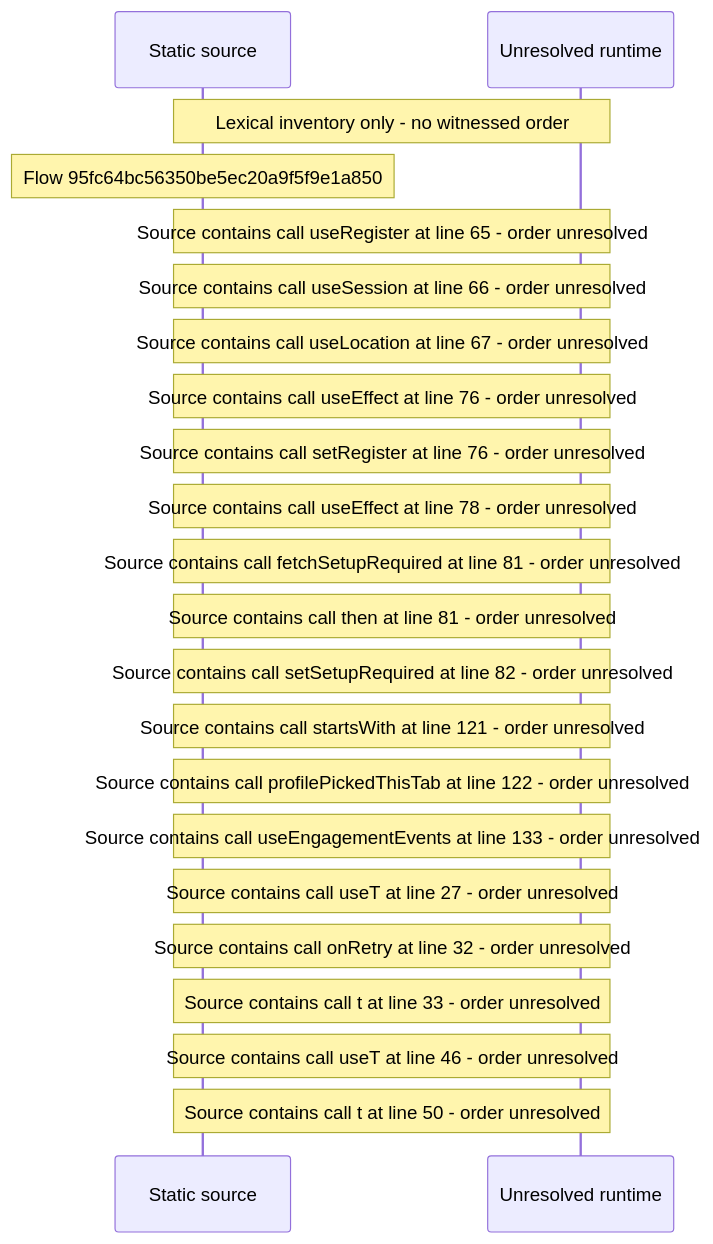
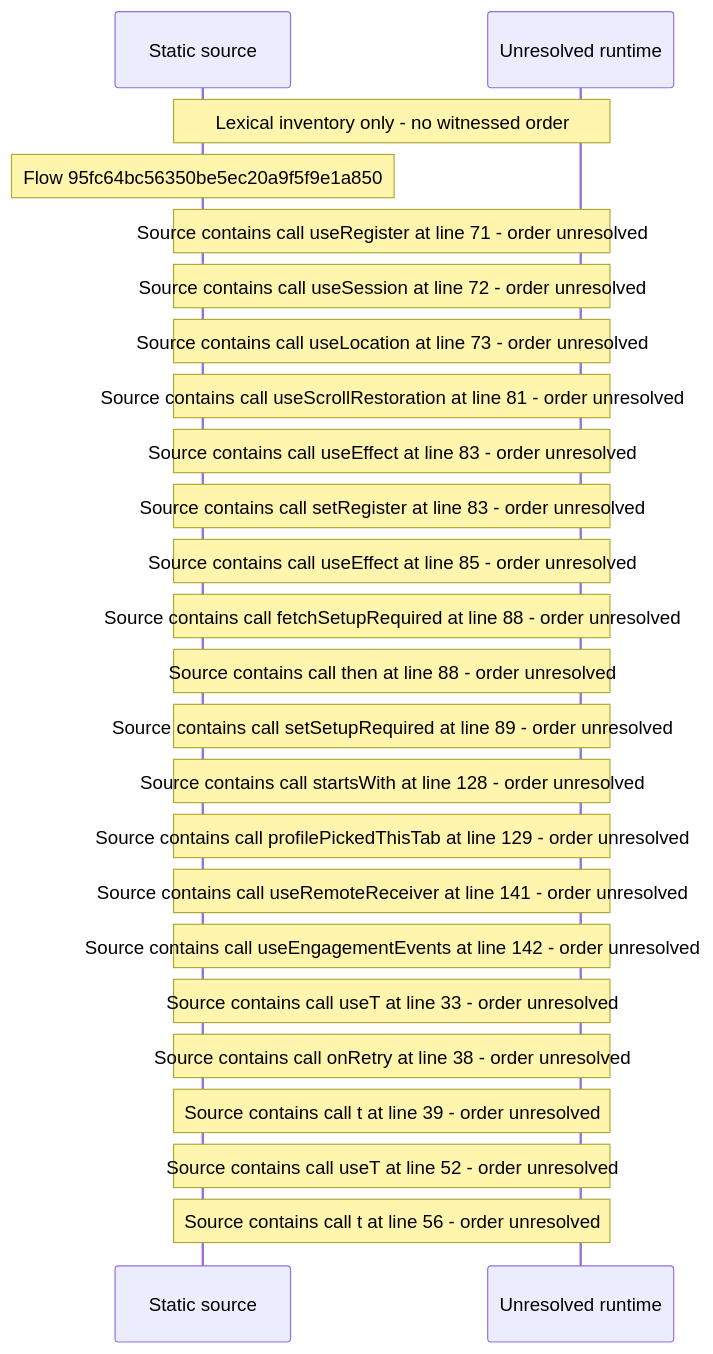
The diagram in docs/web/flows/generated/95fc64bc56350be5ec20a9f5f9e1a850/flow-diagram.md (beamfall/core), drawn with Mermaid before and after one commit. The commit also changed other lines of this file and 714 other files, not shown here.

Commit message:
Regenerate the web flow record on the batch 5 head (CORE-1762)

````diff
--- a/docs/web/flows/generated/95fc64bc56350be5ec20a9f5f9e1a850/flow-diagram.md
+++ b/docs/web/flows/generated/95fc64bc56350be5ec20a9f5f9e1a850/flow-diagram.md
@@ -10,24 +10,26 @@
 ```mermaid
 sequenceDiagram
     participant S as Static source
     participant U as Unresolved runtime
     Note over S,U: Lexical inventory only - no witnessed order
     Note over S: Flow 95fc64bc56350be5ec20a9f5f9e1a850
-    Note over S,U: Source contains call useRegister at line 65 - order unresolved
-    Note over S,U: Source contains call useSession at line 66 - order unresolved
-    Note over S,U: Source contains call useLocation at line 67 - order unresolved
-    Note over S,U: Source contains call useEffect at line 76 - order unresolved
-    Note over S,U: Source contains call setRegister at line 76 - order unresolved
-    Note over S,U: Source contains call useEffect at line 78 - order unresolved
-    Note over S,U: Source contains call fetchSetupRequired at line 81 - order unresolved
-    Note over S,U: Source contains call then at line 81 - order unresolved
-    Note over S,U: Source contains call setSetupRequired at line 82 - order unresolved
-    Note over S,U: Source contains call startsWith at line 121 - order unresolved
-    Note over S,U: Source contains call profilePickedThisTab at line 122 - order unresolved
-    Note over S,U: Source contains call useEngagementEvents at line 133 - order unresolved
-    Note over S,U: Source contains call useT at line 27 - order unresolved
-    Note over S,U: Source contains call onRetry at line 32 - order unresolved
-    Note over S,U: Source contains call t at line 33 - order unresolved
-    Note over S,U: Source contains call useT at line 46 - order unresolved
-    Note over S,U: Source contains call t at line 50 - order unresolved
+    Note over S,U: Source contains call useRegister at line 71 - order unresolved
+    Note over S,U: Source contains call useSession at line 72 - order unresolved
+    Note over S,U: Source contains call useLocation at line 73 - order unresolved
+    Note over S,U: Source contains call useScrollRestoration at line 81 - order unresolved
+    Note over S,U: Source contains call useEffect at line 83 - order unresolved
+    Note over S,U: Source contains call setRegister at line 83 - order unresolved
+    Note over S,U: Source contains call useEffect at line 85 - order unresolved
+    Note over S,U: Source contains call fetchSetupRequired at line 88 - order unresolved
+    Note over S,U: Source contains call then at line 88 - order unresolved
+    Note over S,U: Source contains call setSetupRequired at line 89 - order unresolved
+    Note over S,U: Source contains call startsWith at line 128 - order unresolved
+    Note over S,U: Source contains call profilePickedThisTab at line 129 - order unresolved
+    Note over S,U: Source contains call useRemoteReceiver at line 141 - order unresolved
+    Note over S,U: Source contains call useEngagementEvents at line 142 - order unresolved
+    Note over S,U: Source contains call useT at line 33 - order unresolved
+    Note over S,U: Source contains call onRetry at line 38 - order unresolved
+    Note over S,U: Source contains call t at line 39 - order unresolved
+    Note over S,U: Source contains call useT at line 52 - order unresolved
+    Note over S,U: Source contains call t at line 56 - order unresolved
 ```
````
